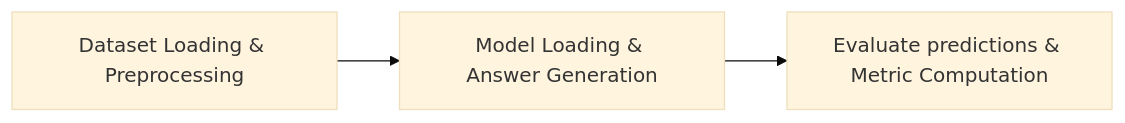
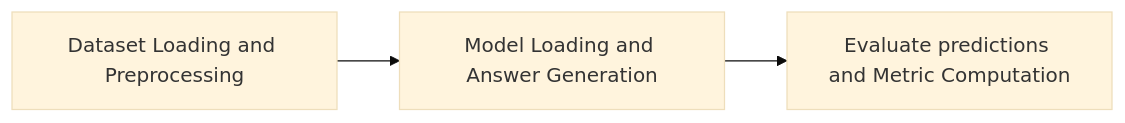
The diagram in README.md (sunnyduan-oss/internvl_verl_evaluate), drawn with Mermaid (base theme) before and after one commit.

Commit message:
image update

````diff
--- a/README.md
+++ b/README.md
@@ -45,5 +45,5 @@
 ```mermaid
 flowchart LR
-    A[Dataset Loading & Preprocessing] -->
-    B[Model Loading & Answer Generation] --> C[Evaluate predictions & Metric Computation]
+    A[Dataset Loading and Preprocessing] -->
+    B[Model Loading and Answer Generation] --> C[Evaluate predictions and Metric Computation]
 ```
````
